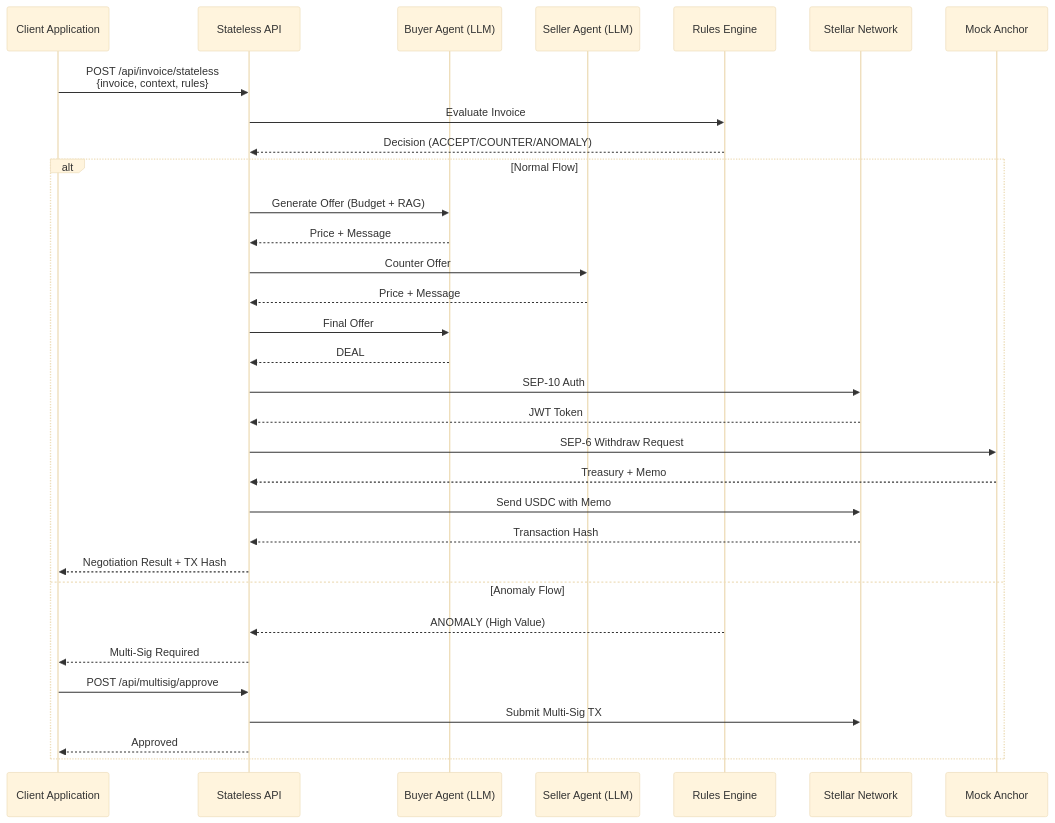
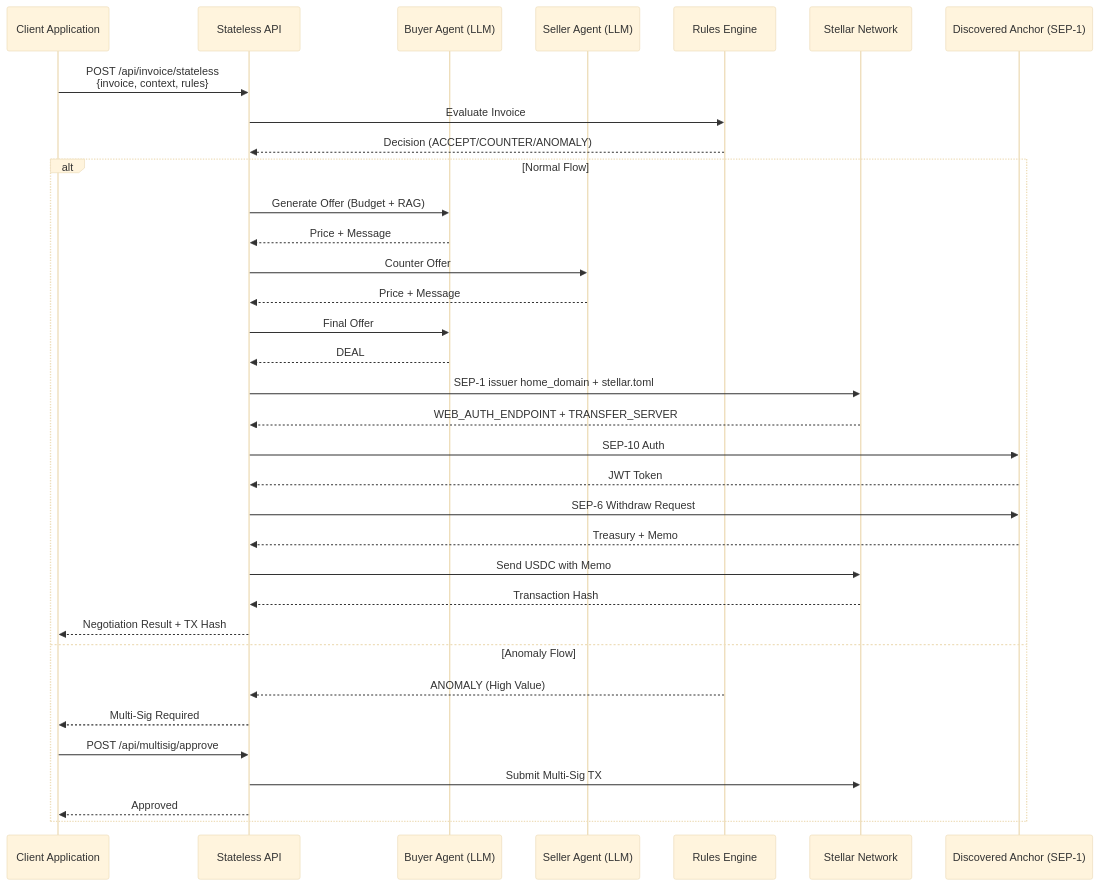
Before and after one commit to musa-ok/settlex-stellar-hackathon: the second of 3 diagrams in README.md, drawn with Mermaid (base theme). The commit also changed other lines of this file and 5 other files, not shown here.

````diff
--- a/README.md
+++ b/README.md
@@ -133,36 +143,38 @@
 ```mermaid
 sequenceDiagram
     participant Client as Client Application
     participant API as Stateless API
     participant Buyer as Buyer Agent (LLM)
     participant Seller as Seller Agent (LLM)
     participant Rules as Rules Engine
     participant Stellar as Stellar Network
-    participant Anchor as Mock Anchor
+    participant Anchor as Discovered Anchor (SEP-1)
     
     Client->>API: POST /api/invoice/stateless<br/>{invoice, context, rules}
     API->>Rules: Evaluate Invoice
     Rules-->>API: Decision (ACCEPT/COUNTER/ANOMALY)
     
     alt Normal Flow
         API->>Buyer: Generate Offer (Budget + RAG)
         Buyer-->>API: Price + Message
         API->>Seller: Counter Offer
         Seller-->>API: Price + Message
         API->>Buyer: Final Offer
         Buyer-->>API: DEAL
-        API->>Stellar: SEP-10 Auth
-        Stellar-->>API: JWT Token
+        API->>Stellar: SEP-1 issuer home_domain + stellar.toml
+        Stellar-->>API: WEB_AUTH_ENDPOINT + TRANSFER_SERVER
+        API->>Anchor: SEP-10 Auth
+        Anchor-->>API: JWT Token
         API->>Anchor: SEP-6 Withdraw Request
         Anchor-->>API: Treasury + Memo
         API->>Stellar: Send USDC with Memo
         Stellar-->>API: Transaction Hash
         API-->>Client: Negotiation Result + TX Hash
     else Anomaly Flow
         Rules-->>API: ANOMALY (High Value)
         API-->>Client: Multi-Sig Required
         Client->>API: POST /api/multisig/approve
         API->>Stellar: Submit Multi-Sig TX
         API-->>Client: Approved
     end
 ```
````
